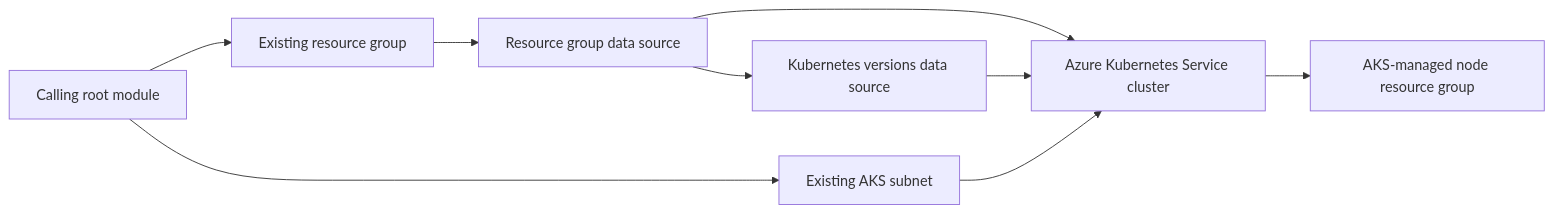
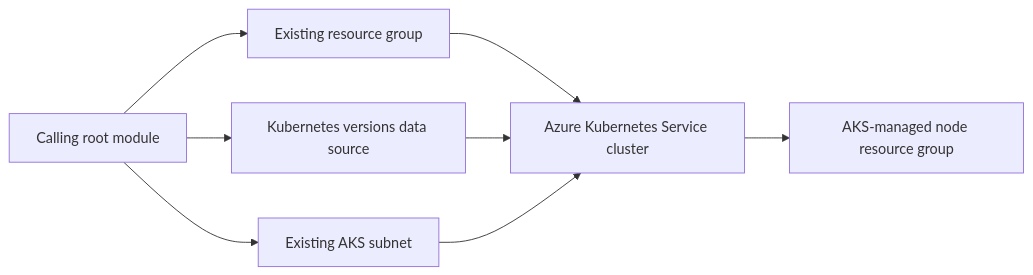
Before and after one commit to f2calv/tf_module_azurerm_kubernetes_cluster: the diagram in README.md, drawn with Mermaid. The commit also changed other lines of this file and 4 other files, not shown here.

````diff
--- a/README.md
+++ b/README.md
@@ -10,11 +10,10 @@
 ```mermaid
 graph LR
     caller[Calling root module] --> rg[Existing resource group]
     caller --> subnet[Existing AKS subnet]
-    rg --> rgdata[Resource group data source]
-    rgdata --> versions[Kubernetes versions data source]
-    rgdata --> cluster[Azure Kubernetes Service cluster]
+  caller --> versions[Kubernetes versions data source]
+  rg --> cluster[Azure Kubernetes Service cluster]
     versions --> cluster
     subnet --> cluster
     cluster --> noderg[AKS-managed node resource group]
 ```
````
